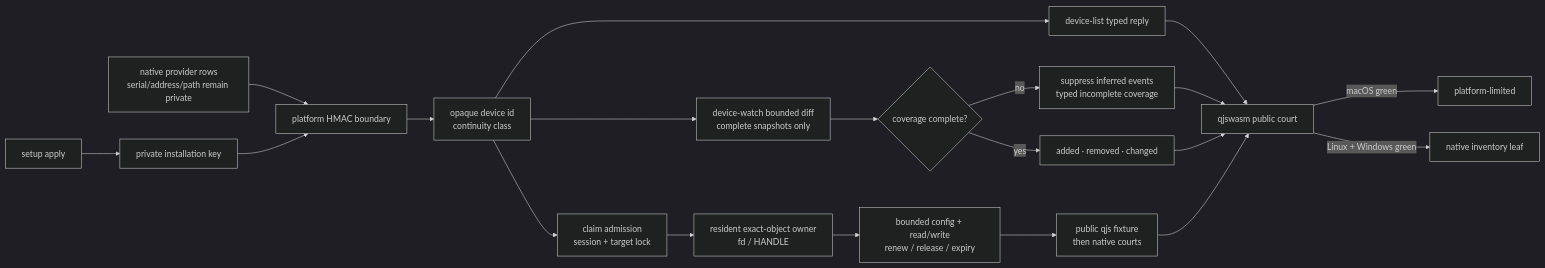
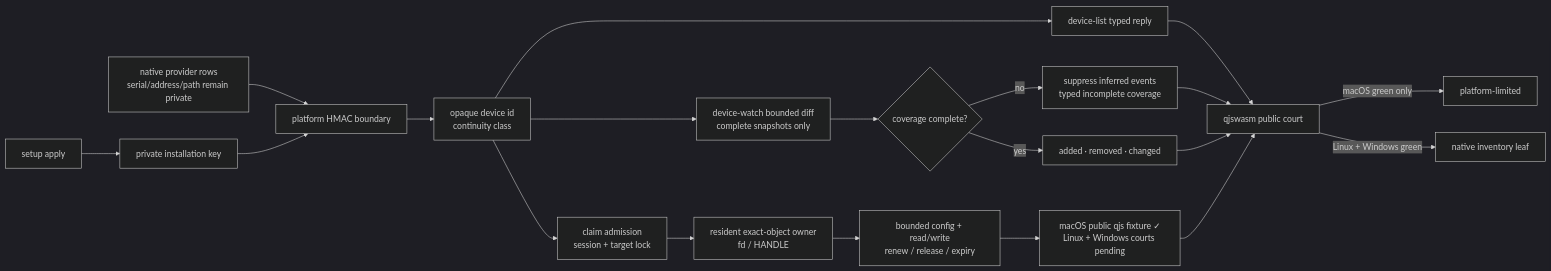
The ninth of 9 diagrams in prd/PRD_02_28_agenterm_cu.md (partnernetsoftware/agenterm), drawn with Mermaid (dark theme) before and after one commit. The commit also changed other lines of this file and 3 other files, not shown here.

````diff
--- a/prd/PRD_02_28_agenterm_cu.md
+++ b/prd/PRD_02_28_agenterm_cu.md
@@ -1390,19 +1399,19 @@
 ```mermaid
 flowchart LR
   S["setup apply"] --> K["private installation key"]
   N["native provider rows<br/>serial/address/path remain private"] --> H["platform HMAC boundary"]
   K --> H --> P["opaque device id<br/>continuity class"]
   P --> Q["device-list typed reply"] --> C["qjswasm public court"]
   P --> W["device-watch bounded diff<br/>complete snapshots only"]
   P --> A["claim admission<br/>session + target lock"]
   A --> O["resident exact-object owner<br/>fd / HANDLE"]
   O --> IO["bounded config + read/write<br/>renew / release / expiry"]
-  IO --> DC["public qjs fixture<br/>then native courts"]
+  IO --> DC["macOS public qjs fixture ✓<br/>Linux + Windows courts pending"]
   W --> WC{"coverage complete?"}
   WC -->|no| WS["suppress inferred events<br/>typed incomplete coverage"]
   WC -->|yes| WE["added · removed · changed"]
   WS & WE --> C
   DC --> C
-  C -->|macOS green| M["platform-limited"]
+  C -->|macOS green only| M["platform-limited"]
   C -->|Linux + Windows green| V["native inventory leaf"]
 ```
````
